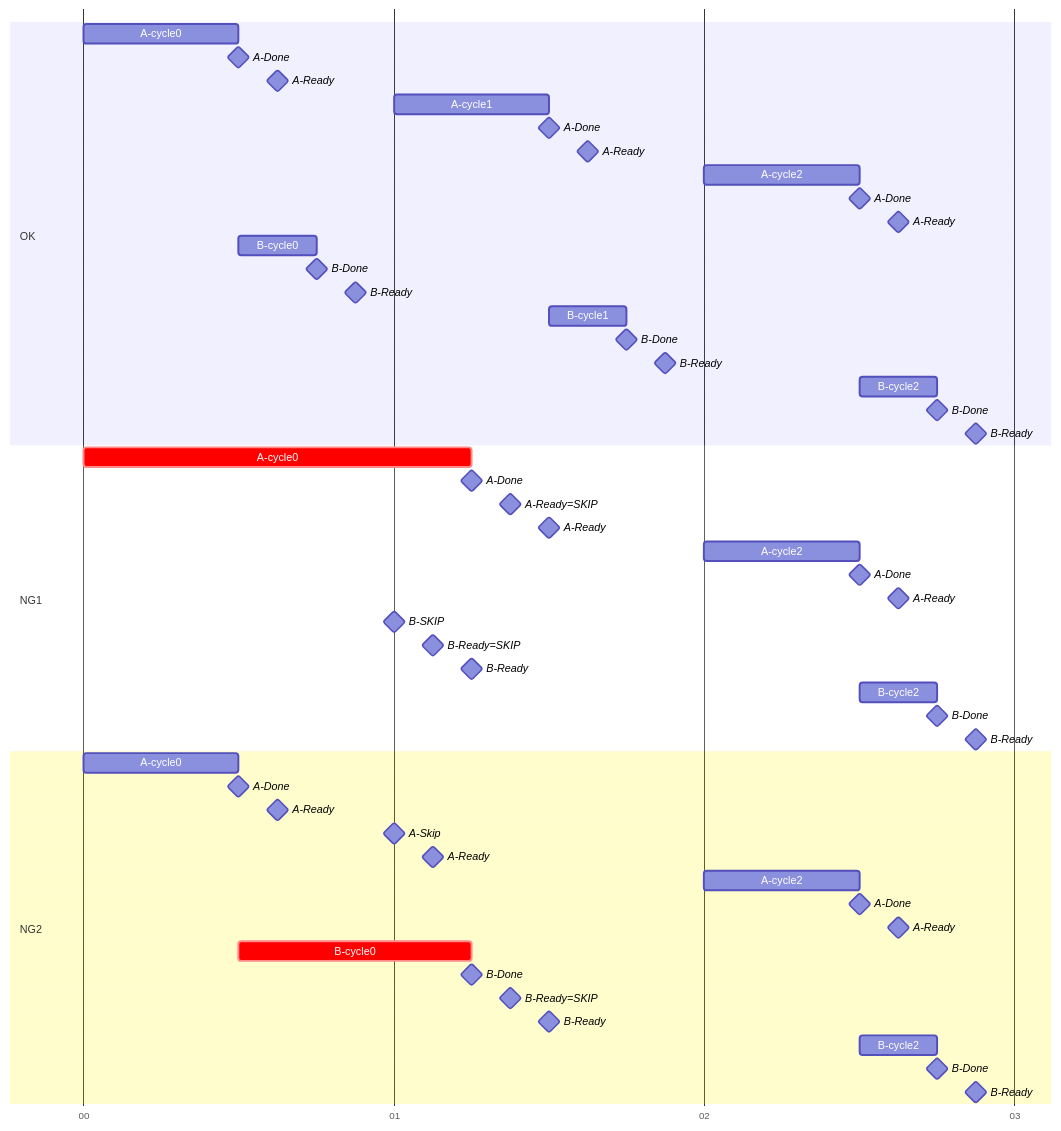
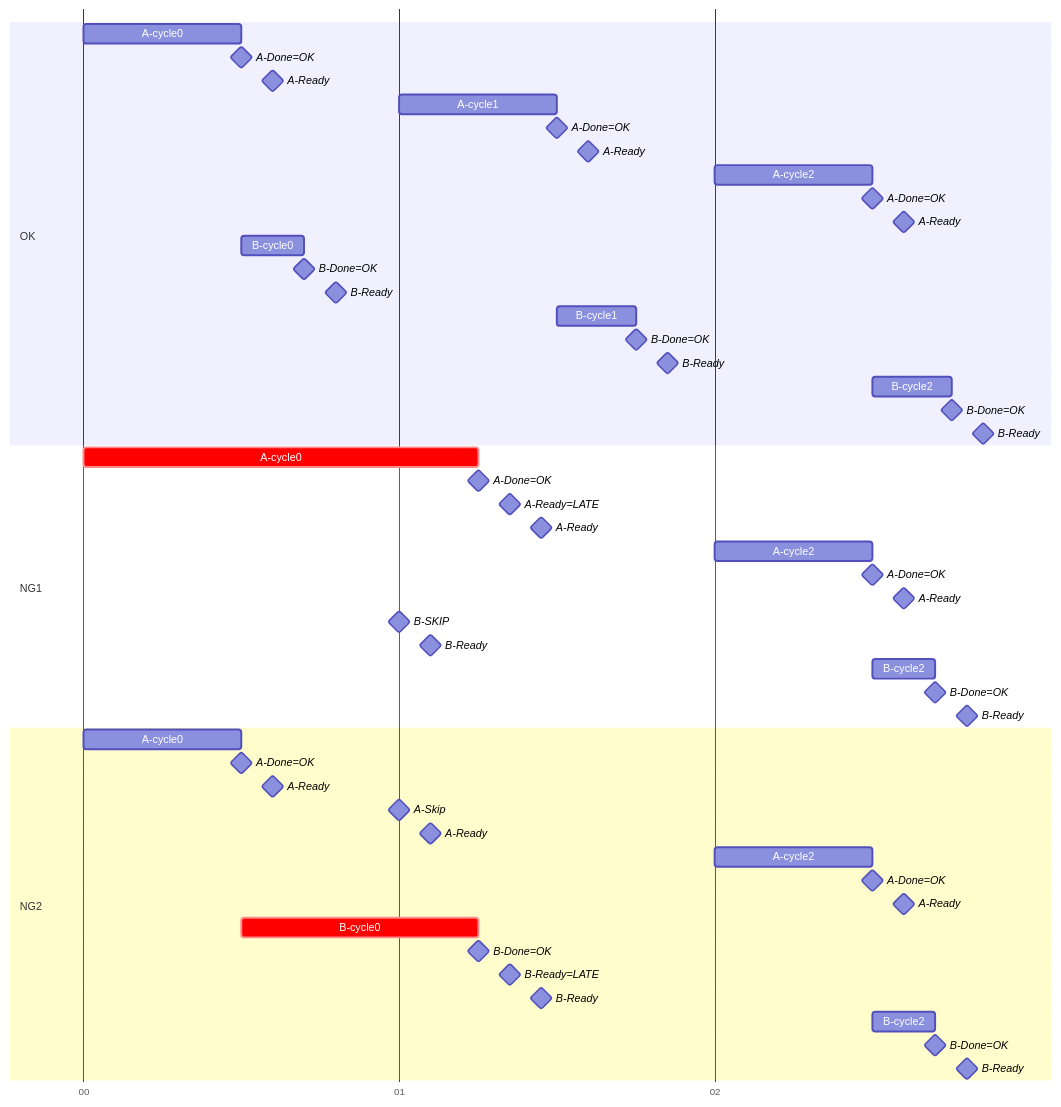
The third of 3 diagrams in docs/message-sequence-skip.md (nao-kawano/ritsu-scheduler), drawn with Mermaid before and after one commit. The commit also changed other lines of this file and 3 other files, not shown here.

````diff
--- a/docs/message-sequence-skip.md
+++ b/docs/message-sequence-skip.md
@@ -83,62 +102,61 @@
 ```mermaid
 gantt
   todayMarker off
   dateFormat m
   axisFormat %M
   tickInterval 1minute
 
   section OK
     A-cycle0: a0, 0, 0.5m
-    A-Done: milestone, a0d, after a0,
-    A-Ready: milestone, a1r, after a0, 0.25m
+    A-Done=OK: milestone, a0d, after a0,
+    A-Ready: milestone, a1r, after a0d, 0.2m
     A-cycle1: a1, 1, 0.5m
-    A-Done: milestone, a1d, after a1,
-    A-Ready: milestone, a2r, after a1, 0.25m
+    A-Done=OK: milestone, a1d, after a1,
+    A-Ready: milestone, a2r, after a1d, 0.2m
     A-cycle2: a2, 2, 0.5m
-    A-Done: milestone, a2d, after a2,
-    A-Ready: milestone, a3r, after a2, 0.25m
+    A-Done=OK: milestone, a2d, after a2,
+    A-Ready: milestone, a3r, after a2d, 0.2m
 
-    B-cycle0: b0, after a0, 0.25m
-    B-Done: milestone, b0d, after b0,
-    B-Ready: milestone, b1r, after b0, 0.25m
-    B-cycle1: b1, after a1, 0.25m
-    B-Done: milestone, b1d, after b1,
-    B-Ready: milestone, b2r, after b1, 0.25m
-    B-cycle2: b2, after a2, 0.25m
-    B-Done: milestone, b2d, after b2,
-    B-Ready: milestone, b3r, after b2, 0.25m
+    B-cycle0: b0, after a0d, 0.2m
+    B-Done=OK: milestone, b0d, after b0,
+    B-Ready: milestone, b1r, after b0d, 0.2m
+    B-cycle1: b1, after a1d, 0.25m
+    B-Done=OK: milestone, b1d, after b1,
+    B-Ready: milestone, b2r, after b1d, 0.2m
+    B-cycle2: b2, after a2d, 0.25m
+    B-Done=OK: milestone, b2d, after b2,
+    B-Ready: milestone, b3r, after b2d, 0.2m
 
   section NG1
     A-cycle0: crit, aa0, 0, 1.25m
-    A-Done: milestone, aa0d, after aa0,
-    A-Ready=SKIP: milestone, aa1r, after aa0, 0.25m
+    A-Done=OK: milestone, aa0d, after aa0,
+    A-Ready=LATE: milestone, aa1r, after aa0d, 0.2m
     A-Ready: milestone, aa2r, after aa1r,
     A-cycle2: aa2, 2, 0.5m
-    A-Done: milestone, aa2d, after a2,
-    A-Ready: milestone, aa3r, after a2, 0.25m
+    A-Done=OK: milestone, aa2d, after aa2,
+    A-Ready: milestone, aa3r, after aa2d, 0.2m
 
-    B-SKIP: milestone, bb0r, 1,
-    B-Ready=SKIP: milestone, bb1r, after bb0r, 0.25m
-    B-Ready: milestone, bb2r, after bb1r,
-    B-cycle2: bb2, after aa2, 0.25m
-    B-Done: milestone, bb2d, after bb2,
-    B-Ready: milestone, bb3r, after bb2, 0.25m
+    B-SKIP: milestone, bb0s, 1,
+    B-Ready: milestone, bb1r, after bb0s, 0.2m
+    B-cycle2: bb2, after aa2d, 0.2m
+    B-Done=OK: milestone, bb2d, after bb2,
+    B-Ready: milestone, bb3r, after bb2d, 0.2m
 
   section NG2
     A-cycle0: aaa0, 0, 0.5m
-    A-Done: milestone, aaa0d, after aaa0,
-    A-Ready: milestone, aaa1r, after aaa0, 0.25m
+    A-Done=OK: milestone, aaa0d, after aaa0,
+    A-Ready: milestone, aaa1r, after aaa0, 0.2m
     A-Skip: milestone, aaa1s, 1,
-    A-Ready: milestone, aaa2r, after aaa1s, 0.25m
+    A-Ready: milestone, aaa2r, after aaa1s, 0.2m
     A-cycle2: aaa2, 2, 0.5m
-    A-Done: milestone, aaa2d, after aaa2,
-    A-Ready: milestone, aaa3r, after aaa2, 0.25m
+    A-Done=OK: milestone, aaa2d, after aaa2,
+    A-Ready: milestone, aaa3r, after aaa2d, 0.2m
 
-    B-cycle0: crit, bbb0, after aaa0, 0.75m
-    B-Done: milestone, bbb0d, after bbb0,
-    B-Ready=SKIP: milestone, bbb1r, after bbb0, 0.25m
+    B-cycle0: crit, bbb0, after aaa0d, 0.75m
+    B-Done=OK: milestone, bbb0d, after bbb0,
+    B-Ready=LATE: milestone, bbb1r, after bbb0d, 0.2m
     B-Ready: milestone, bbb2r, after bbb1r,
-    B-cycle2: bbb2, after aaa2, 0.25m
-    B-Done: milestone, bbb2d, after bbb2,
-    B-Ready: milestone, bbb3r, after bbb2, 0.25m
+    B-cycle2: bbb2, after aaa2d, 0.2m
+    B-Done=OK: milestone, bbb2d, after bbb2,
+    B-Ready: milestone, bbb3r, after bbb2d, 0.2m
 ```
````
